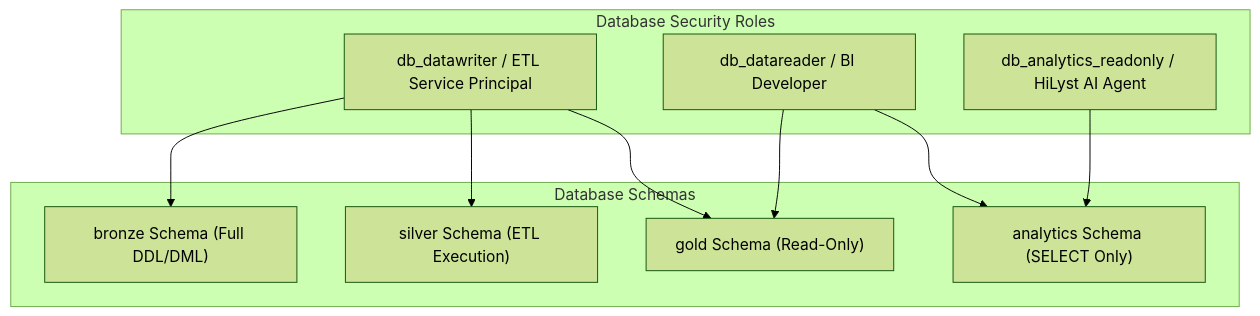
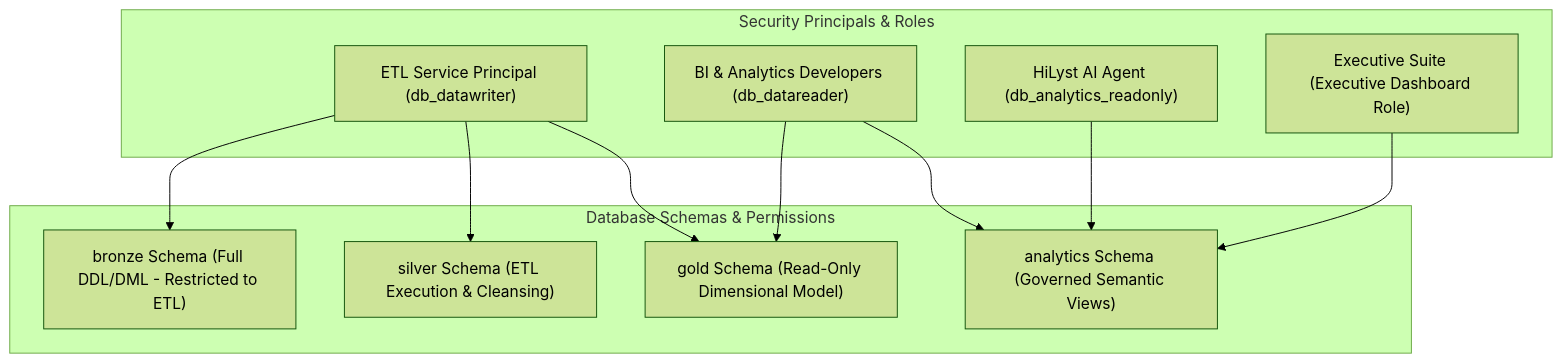
Before and after one commit to HU8Trader/HiLyst_UnifiedCommerceDW: the second of 2 diagrams in docs/03_DATA_QUALITY_AND_GOVERNANCE.md, drawn with Mermaid (forest theme). The commit also changed other lines of this file and 106 other files, not shown here.

````diff
--- a/docs/03_DATA_QUALITY_AND_GOVERNANCE.md
+++ b/docs/03_DATA_QUALITY_AND_GOVERNANCE.md
@@ -46,24 +71,26 @@
 ```mermaid
 graph TD
- subgraph Roles["Database Security Roles"]
- R_ETL["db_datawriter / ETL Service Principal"]
- R_BI["db_datareader / BI Developer"]
- R_AI["db_analytics_readonly / HiLyst AI Agent"]
- end
+    subgraph SecurityPrincipals["Security Principals & Roles"]
+        R_ETL["ETL Service Principal (db_datawriter)"]
+        R_BI["BI & Analytics Developers (db_datareader)"]
+        R_AI["HiLyst AI Agent (db_analytics_readonly)"]
+        R_EXEC["Executive Suite (Executive Dashboard Role)"]
+    end
 
- subgraph Schemas["Database Schemas"]
- S_Bronze["bronze Schema (Full DDL/DML)"]
- S_Silver["silver Schema (ETL Execution)"]
- S_Gold["gold Schema (Read-Only)"]
- S_Analytics["analytics Schema (SELECT Only)"]
- end
+    subgraph MedallionSchemas["Database Schemas & Permissions"]
+        S_Bronze["bronze Schema (Full DDL/DML - Restricted to ETL)"]
+        S_Silver["silver Schema (ETL Execution & Cleansing)"]
+        S_Gold["gold Schema (Read-Only Dimensional Model)"]
+        S_Analytics["analytics Schema (Governed Semantic Views)"]
+    end
 
- R_ETL --> S_Bronze
- R_ETL --> S_Silver
- R_ETL --> S_Gold
+    R_ETL --> S_Bronze
+    R_ETL --> S_Silver
+    R_ETL --> S_Gold
 
- R_BI --> S_Gold
- R_BI --> S_Analytics
+    R_BI --> S_Gold
+    R_BI --> S_Analytics
 
- R_AI --> S_Analytics
+    R_AI --> S_Analytics
+    R_EXEC --> S_Analytics
 ```
````
